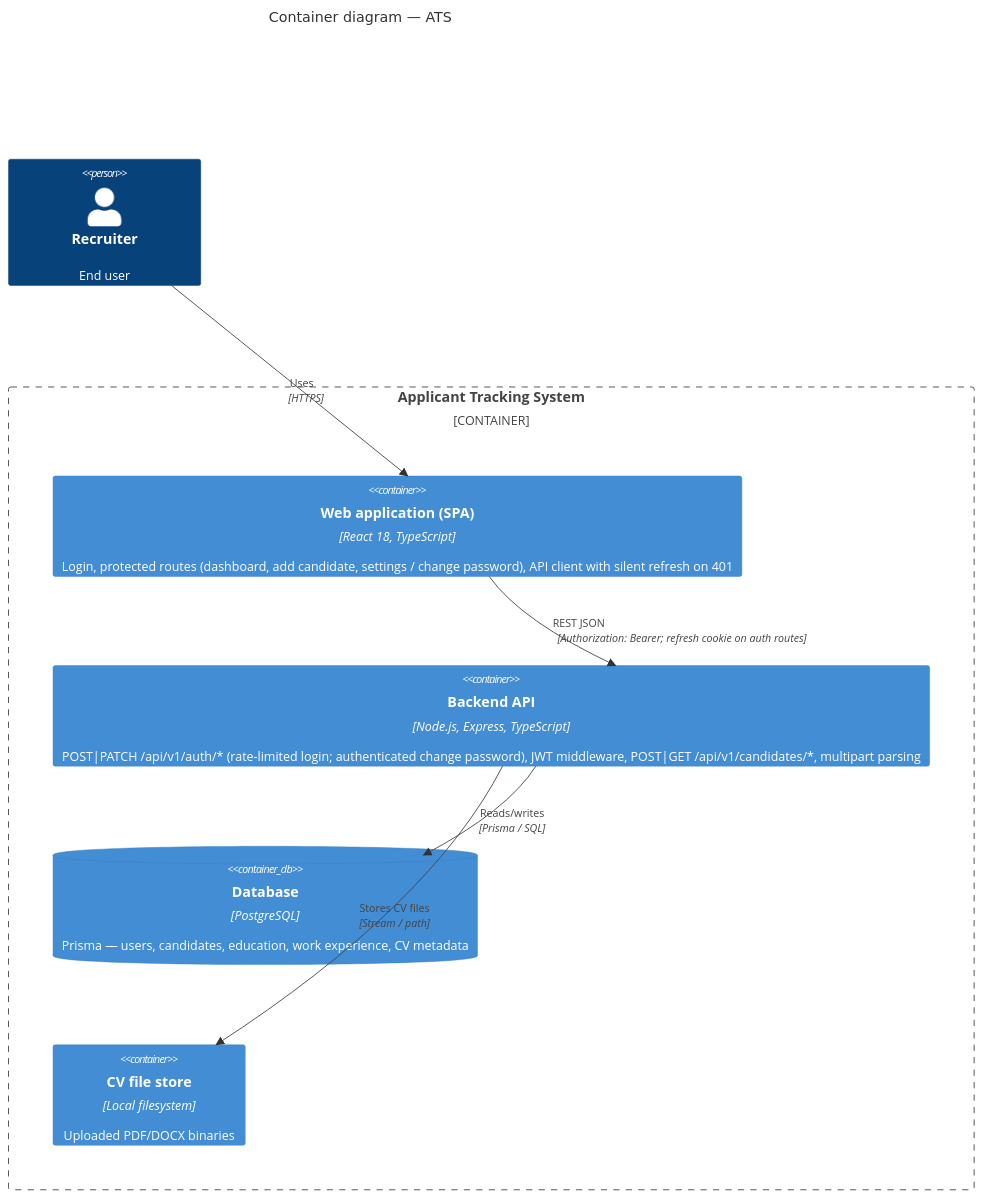
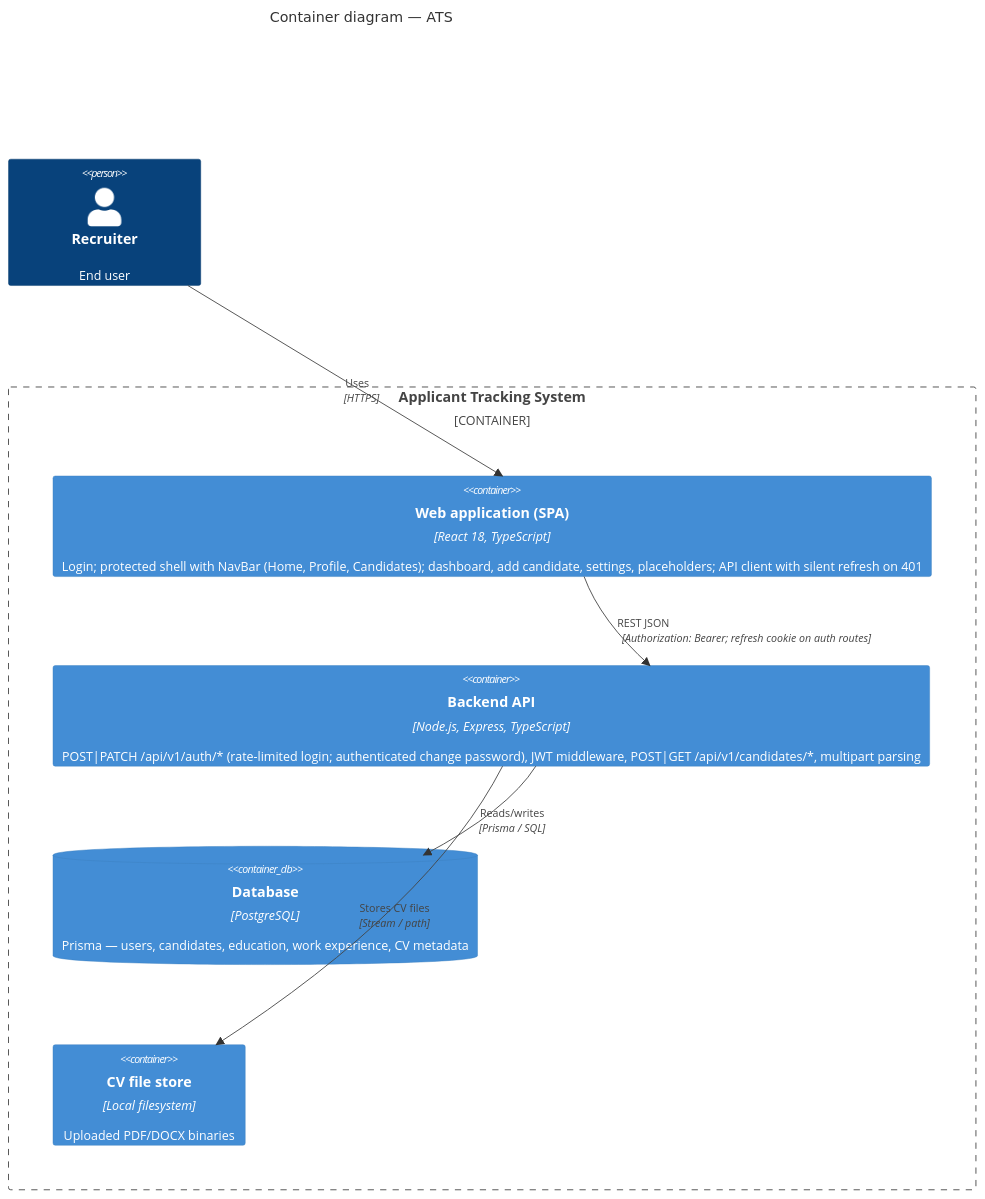
The second of 2 diagrams in docs/c4-architecture-diagram.md (ArnauAregall/AI4Devs-lab-ides-202602-Seniors), drawn with Mermaid before and after one commit. The commit also changed 23 other files, not shown here.

````diff
--- a/docs/c4-architecture-diagram.md
+++ b/docs/c4-architecture-diagram.md
@@ -26,18 +26,18 @@
 ```mermaid
 C4Container
 title Container diagram — ATS
 
 Person(recruiter, "Recruiter", "End user")
 
 Container_Boundary(ats, "Applicant Tracking System") {
-    Container(spa, "Web application (SPA)", "React 18, TypeScript", "Login, protected routes (dashboard, add candidate, settings / change password), API client with silent refresh on 401")
+    Container(spa, "Web application (SPA)", "React 18, TypeScript", "Login; protected shell with NavBar (Home, Profile, Candidates); dashboard, add candidate, settings, placeholders; API client with silent refresh on 401")
     Container(api, "Backend API", "Node.js, Express, TypeScript", "POST|PATCH /api/v1/auth/* (rate-limited login; authenticated change password), JWT middleware, POST|GET /api/v1/candidates/*, multipart parsing")
     ContainerDb(db, "Database", "PostgreSQL", "Prisma — users, candidates, education, work experience, CV metadata")
     Container(fs, "CV file store", "Local filesystem", "Uploaded PDF/DOCX binaries")
 }
 
 Rel(recruiter, spa, "Uses", "HTTPS")
 Rel(spa, api, "REST JSON", "Authorization: Bearer; refresh cookie on auth routes")
 Rel(api, db, "Reads/writes", "Prisma / SQL")
 Rel(api, fs, "Stores CV files", "Stream / path")
 ```
````
